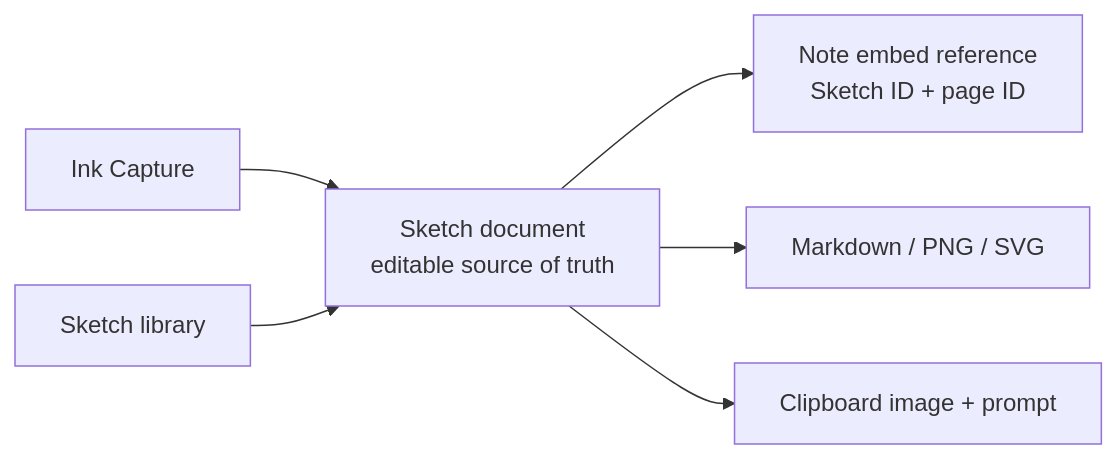
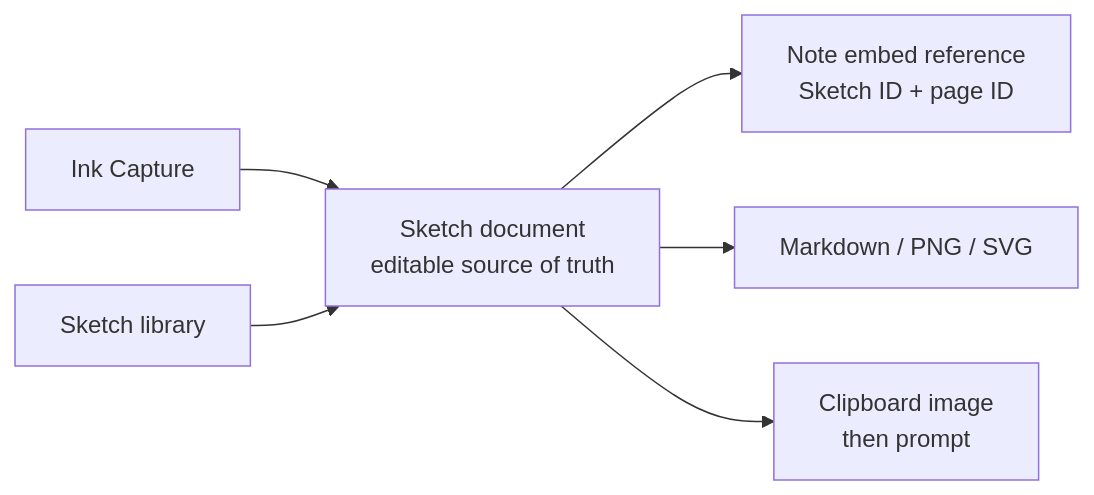
One commit to mryk814/tasuken changed the diagram in docs/sketch-workspace.md. Above: the diagram before and after it, drawn with Mermaid. The commit also changed other lines of this file and 5 other files, not shown here.

Commit message:
fix(sketch): make AI clipboard handoff reliable

````diff
--- a/docs/sketch-workspace.md
+++ b/docs/sketch-workspace.md
@@ -20,8 +20,8 @@
 ```mermaid
 flowchart LR
   Capture["Ink Capture"] --> Sketch["Sketch document<br/>editable source of truth"]
   Library["Sketch library"] --> Sketch
   Sketch --> Note["Note embed reference<br/>Sketch ID + page ID"]
   Sketch --> Export["Markdown / PNG / SVG"]
-  Sketch --> AI["Clipboard image + prompt"]
+  Sketch --> AI["Clipboard image<br/>then prompt"]
 ```
````
